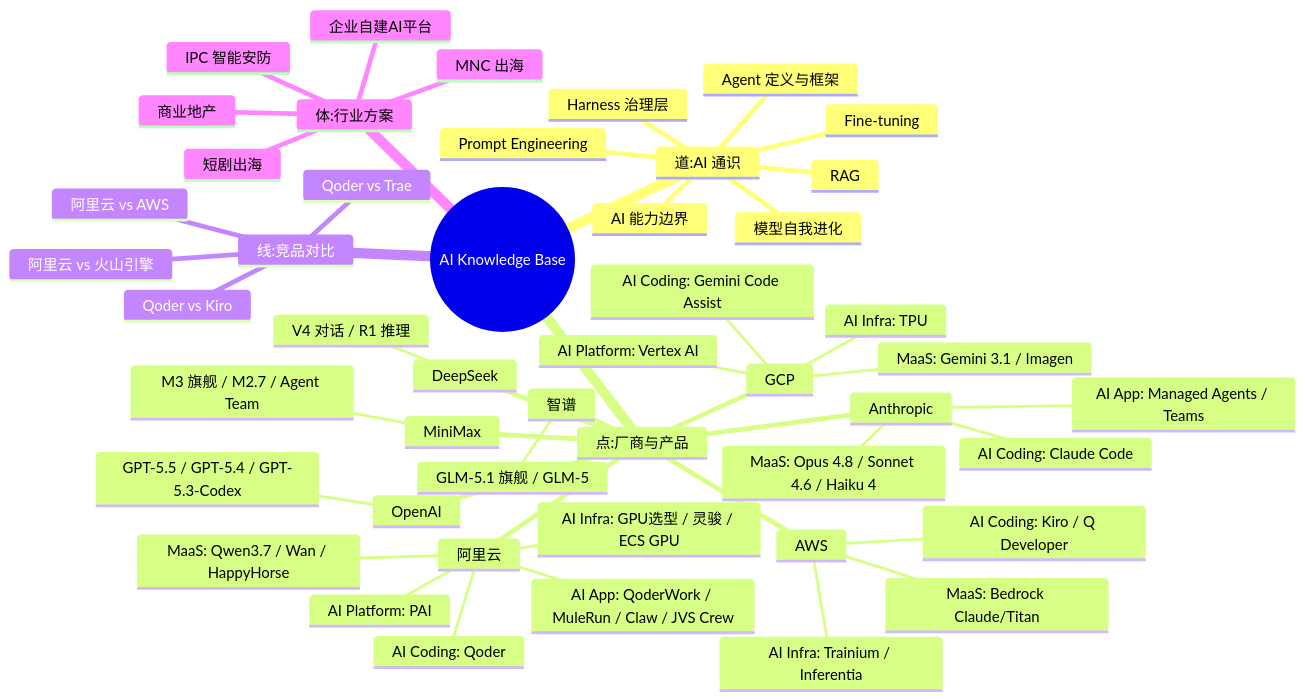
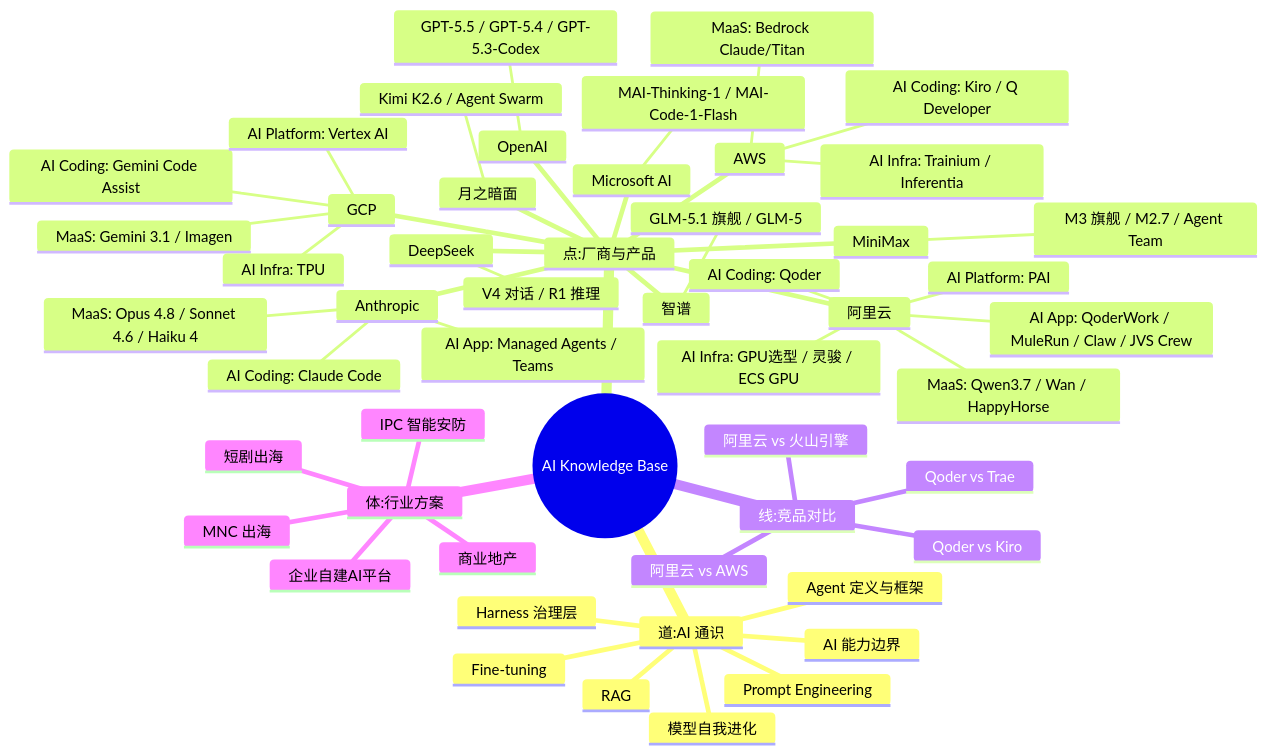
Before and after one commit to EthanNiWorld/ai-playbook-2026: the first of 2 diagrams in README.md, drawn with Mermaid. The commit also changed other lines of this file and 6 other files, not shown here.

````diff
--- a/README.md
+++ b/README.md
@@ -59,51 +59,55 @@
 ```mermaid
 mindmap
   root((AI Knowledge Base))
     道:AI 通识
       Agent 定义与框架
       Harness 治理层
       Prompt Engineering
       RAG
       Fine-tuning
       AI 能力边界
       模型自我进化
     点:厂商与产品
       阿里云
         MaaS: Qwen3.7 / Wan / HappyHorse
         AI Coding: Qoder
         AI App: QoderWork / MuleRun / Claw / JVS Crew
         AI Infra: GPU选型 / 灵骏 / ECS GPU
         AI Platform: PAI
       AWS
         MaaS: Bedrock Claude/Titan
         AI Coding: Kiro / Q Developer
         AI Infra: Trainium / Inferentia
       GCP
         MaaS: Gemini 3.1 / Imagen
         AI Coding: Gemini Code Assist
         AI Infra: TPU
         AI Platform: Vertex AI
       Anthropic
         MaaS: Opus 4.8 / Sonnet 4.6 / Haiku 4
         AI Coding: Claude Code
         AI App: Managed Agents / Teams
       MiniMax
         M3 旗舰 / M2.7 / Agent Team
       DeepSeek
         V4 对话 / R1 推理
       OpenAI
         GPT-5.5 / GPT-5.4 / GPT-5.3-Codex
+      Microsoft AI
+        MAI-Thinking-1 / MAI-Code-1-Flash
       智谱
         GLM-5.1 旗舰 / GLM-5
+      月之暗面
+        Kimi K2.6 / Agent Swarm
     线:竞品对比
       Qoder vs Kiro
       Qoder vs Trae
       阿里云 vs AWS
       阿里云 vs 火山引擎
     体:行业方案
       IPC 智能安防
       短剧出海
       商业地产
       企业自建AI平台
       MNC 出海
 ```
````
